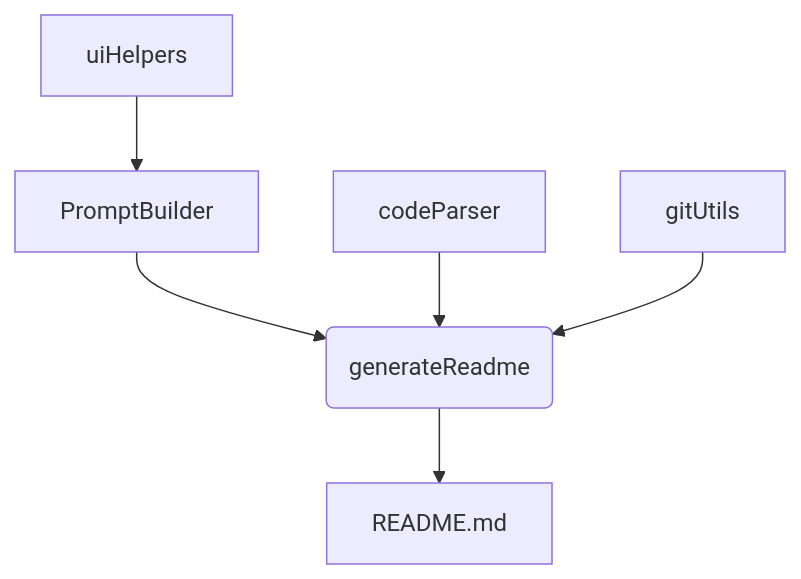
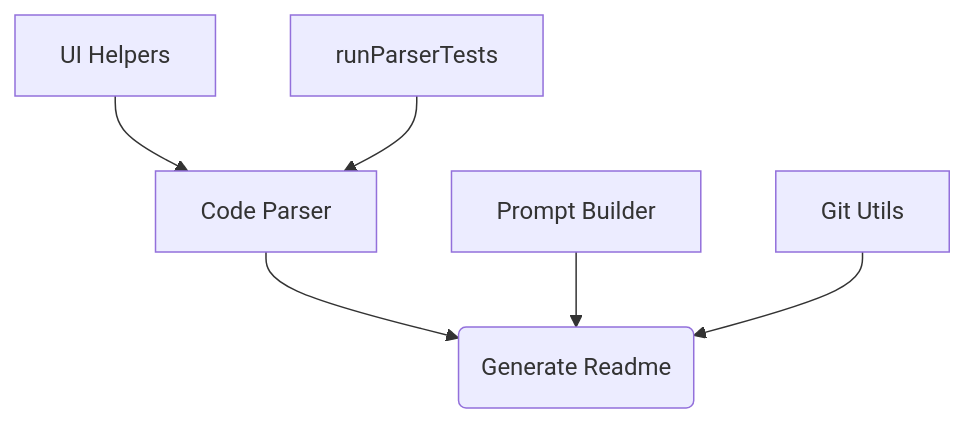
One commit to PIYUSH1SAINI/ReadMe-wiz changed the first of 2 diagrams in README.md. Above: the diagram before and after it, drawn with Mermaid. The commit also changed other lines of this file and 20 other files, not shown here.

````diff
--- a/README.md
+++ b/README.md
@@ -46,8 +33,9 @@
 ```mermaid
 graph TD
-    A[PromptBuilder] --> B(generateReadme);
-    C[codeParser] --> B;
-    D[gitUtils] --> B;
-    E[uiHelpers] --> A;
-    B --> F[README.md];
+    A[Code Parser] --> B(Generate Readme);
+    C[Prompt Builder] --> B;
+    D[Git Utils] --> B;
+    E[UI Helpers] --> A;
+    F[runParserTests] --> A;
+
 ```
````
